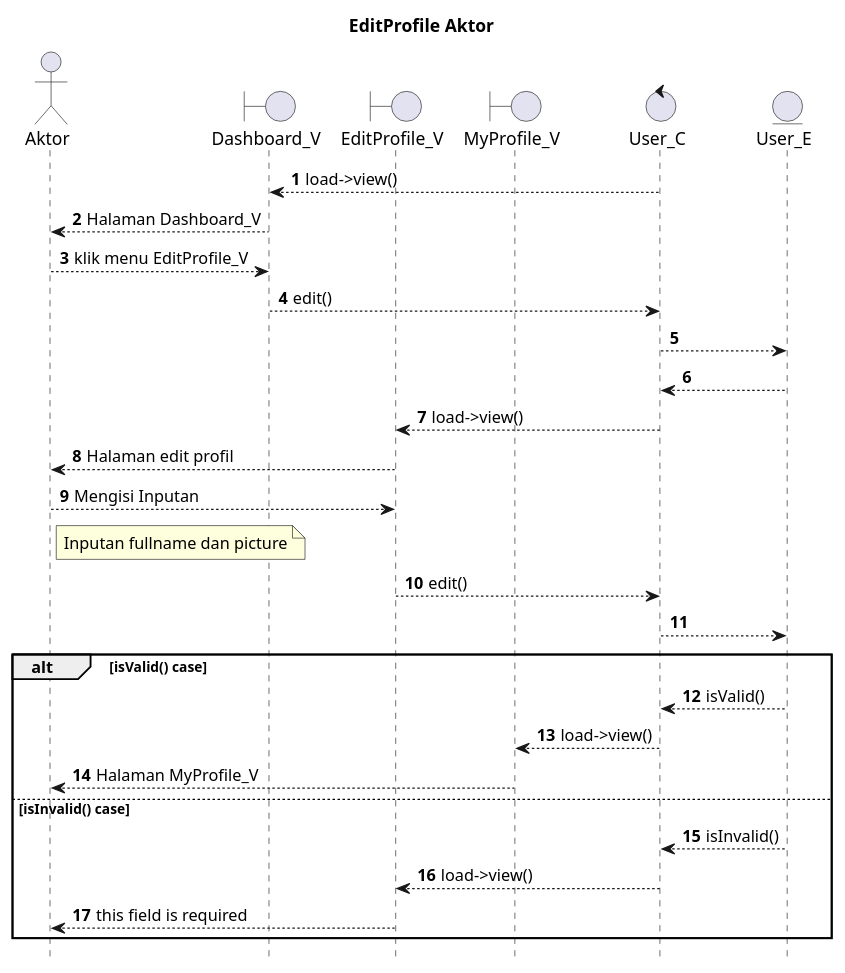
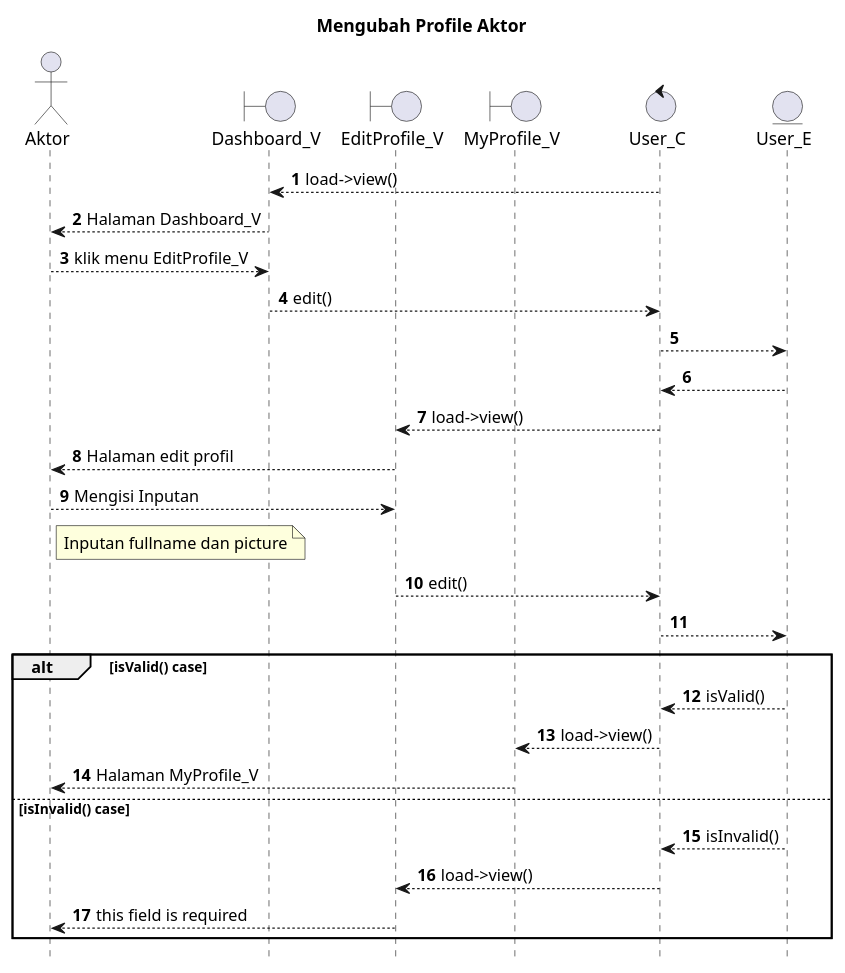
Before and after one commit to kurniado729/sistem_kp: the diagram in SELAIN SISTEM/UML/SEQUENCE/user/editprofil.puml, drawn with PlantUML. The commit also changed 31 other files, not shown here.

Commit message:
masukkan sequence di laporan

```diff
--- a/SELAIN SISTEM/UML/SEQUENCE/user/editprofil.puml
+++ b/SELAIN SISTEM/UML/SEQUENCE/user/editprofil.puml
@@ -1,44 +1,44 @@
 @startuml
 
 autonumber
 hide footbox
-title EditProfile Aktor
+title Mengubah Profile Aktor
 
 Actor Aktor
 boundary Dashboard_V
 boundary EditProfile_V
 boundary MyProfile_V
 control User_C
 Entity User_E
 
 User_C --> Dashboard_V: load->view()
 Dashboard_V --> Aktor: Halaman Dashboard_V
 Aktor --> Dashboard_V: klik menu EditProfile_V
 Dashboard_V --> User_C: edit()
 User_C --> User_E:
     
     User_E --> User_C:
     User_C --> EditProfile_V: load->view()
     EditProfile_V --> Aktor: Halaman edit profil
 
 Aktor --> EditProfile_V: Mengisi Inputan
     note right of Aktor
         Inputan fullname dan picture
             end note
 EditProfile_V --> User_C: edit()
 User_C --> User_E:
 
 alt isValid() case
     
     User_E --> User_C: isValid()
     User_C --> MyProfile_V: load->view()
     MyProfile_V --> Aktor: Halaman MyProfile_V
 
 else isInvalid() case
     
     User_E --> User_C: isInvalid()
     User_C --> EditProfile_V: load->view()
     EditProfile_V --> Aktor: this field is required
 end
 
 @enduml
```
